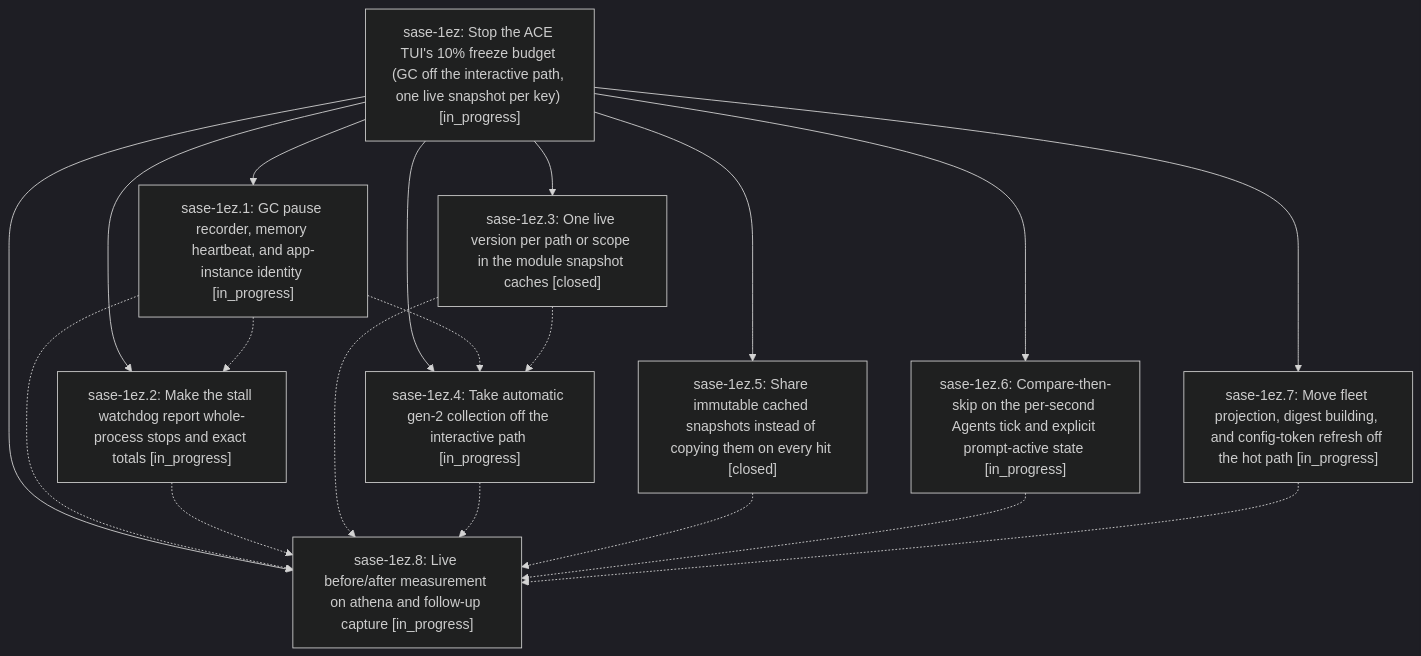
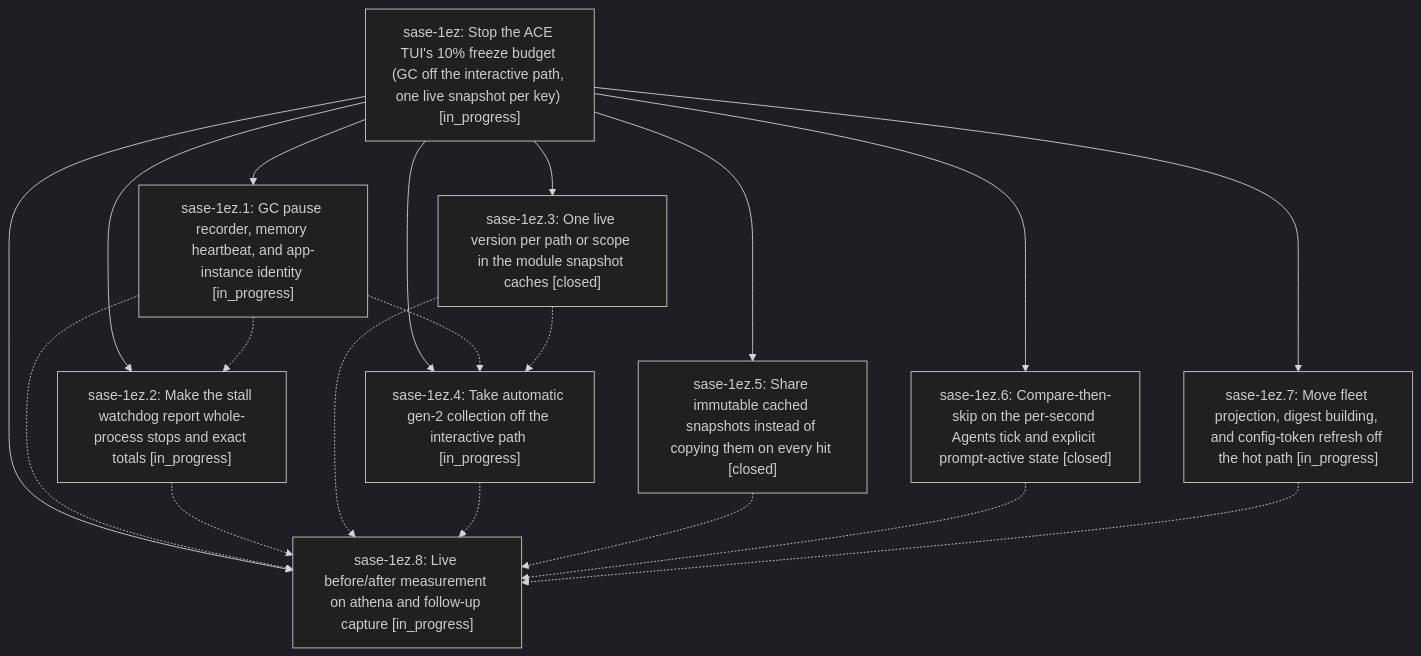
The diagram in pages/sase-1ez/README.md (sase-org/sase--beads), drawn with Mermaid (dark theme) before and after one commit. The commit also changed other lines of this file and 4 other files, not shown here.

````diff
--- a/pages/sase-1ez/README.md
+++ b/pages/sase-1ez/README.md
@@ -29,30 +29,30 @@
 ```mermaid
 flowchart TD
     n0["sase-1ez: Stop the ACE TUI's 10% freeze budget (GC off the interactive path, one live snapshot per key) [in_progress]"]
     n1["sase-1ez.1: GC pause recorder, memory heartbeat, and app-instance identity [in_progress]"]
     n2["sase-1ez.2: Make the stall watchdog report whole-process stops and exact totals [in_progress]"]
     n3["sase-1ez.3: One live version per path or scope in the module snapshot caches [closed]"]
     n4["sase-1ez.4: Take automatic gen-2 collection off the interactive path [in_progress]"]
     n5["sase-1ez.5: Share immutable cached snapshots instead of copying them on every hit [closed]"]
-    n6["sase-1ez.6: Compare-then-skip on the per-second Agents tick and explicit prompt-active state [in_progress]"]
+    n6["sase-1ez.6: Compare-then-skip on the per-second Agents tick and explicit prompt-active state [closed]"]
     n7["sase-1ez.7: Move fleet projection, digest building, and config-token refresh off the hot path [in_progress]"]
     n8["sase-1ez.8: Live before/after measurement on athena and follow-up capture [in_progress]"]
     n0 --> n1
     n0 --> n2
     n0 --> n3
     n0 --> n4
     n0 --> n5
     n0 --> n6
     n0 --> n7
     n0 --> n8
     n1 -.-> n2
     n1 -.-> n4
     n1 -.-> n8
     n2 -.-> n8
     n3 -.-> n4
     n3 -.-> n8
     n4 -.-> n8
     n5 -.-> n8
     n6 -.-> n8
     n7 -.-> n8
 ```
````
